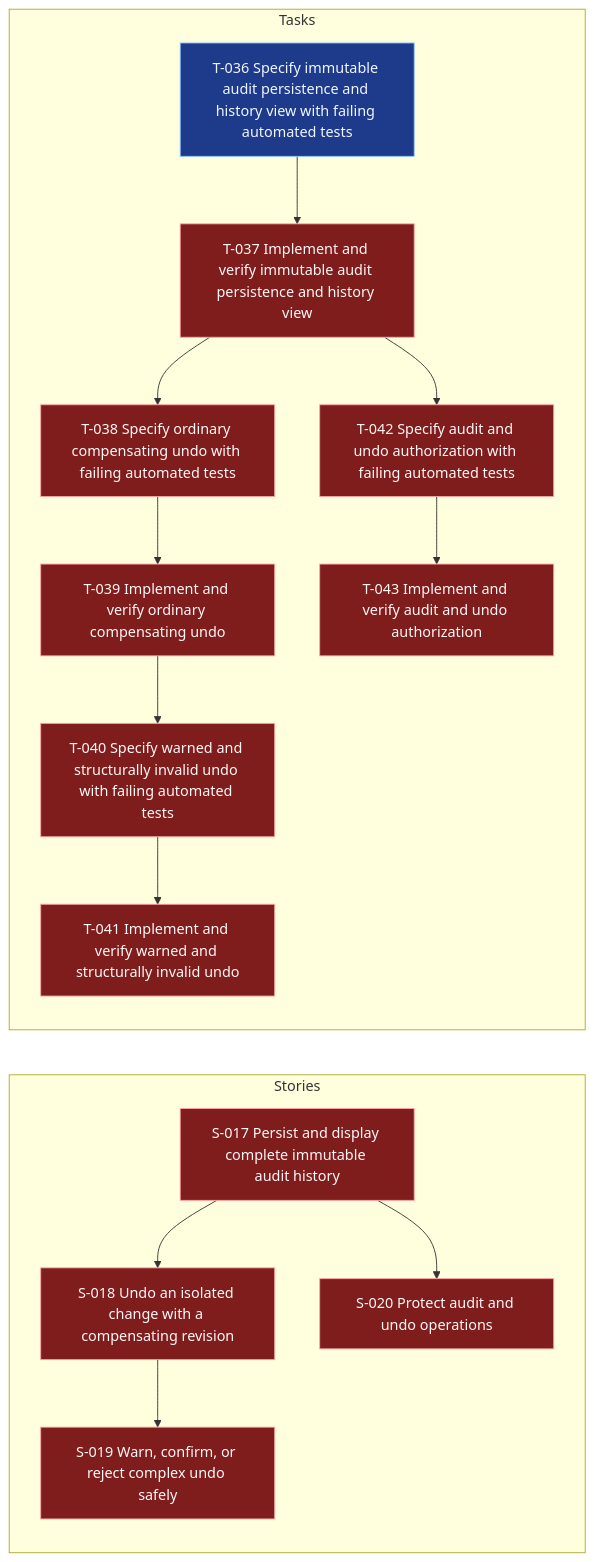
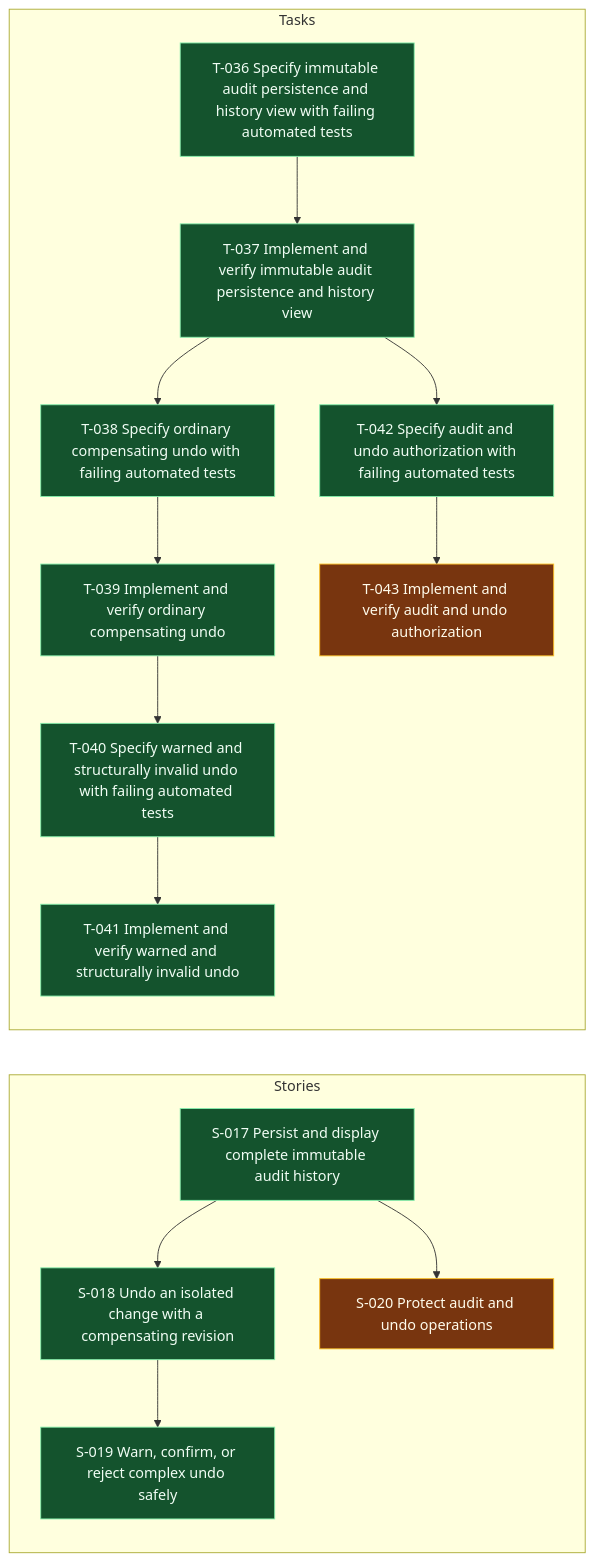
The diagram in .worktracker/graphs/E-006.mmd (andybalham/invite-agent), drawn with Mermaid before and after one commit. The commit also changed 31 other files, not shown here.

First line of the commit message:
Add audit history and undo functionality tests

```diff
--- a/.worktracker/graphs/E-006.mmd
+++ b/.worktracker/graphs/E-006.mmd
@@ -1,44 +1,44 @@
 graph LR
   classDef done fill:#14532d,stroke:#86efac,color:#f0fdf4;
   classDef blocked fill:#7f1d1d,stroke:#fca5a5,color:#fff7f7;
   classDef inprogress fill:#78350f,stroke:#fbbf24,color:#fffbeb;
   classDef todo fill:#1e3a8a,stroke:#93c5fd,color:#eff6ff;
   classDef empty fill:#374151,stroke:#d1d5db,color:#f9fafb,stroke-dasharray: 3 3;
   subgraph Stories
-    S017["S-017 Persist and display complete immutable audit history"]:::blocked
-    S018["S-018 Undo an isolated change with a compensating revision"]:::blocked
-    S019["S-019 Warn, confirm, or reject complex undo safely"]:::blocked
-    S020["S-020 Protect audit and undo operations"]:::blocked
+    S017["S-017 Persist and display complete immutable audit history"]:::done
+    S018["S-018 Undo an isolated change with a compensating revision"]:::done
+    S019["S-019 Warn, confirm, or reject complex undo safely"]:::done
+    S020["S-020 Protect audit and undo operations"]:::inprogress
     S017 --> S018
     S017 --> S020
     S018 --> S019
   end
   subgraph Tasks
-    T036["T-036 Specify immutable audit persistence and history view with failing automated tests"]:::todo
-    T037["T-037 Implement and verify immutable audit persistence and history view"]:::blocked
-    T038["T-038 Specify ordinary compensating undo with failing automated tests"]:::blocked
-    T039["T-039 Implement and verify ordinary compensating undo"]:::blocked
-    T040["T-040 Specify warned and structurally invalid undo with failing automated tests"]:::blocked
-    T041["T-041 Implement and verify warned and structurally invalid undo"]:::blocked
-    T042["T-042 Specify audit and undo authorization with failing automated tests"]:::blocked
-    T043["T-043 Implement and verify audit and undo authorization"]:::blocked
+    T036["T-036 Specify immutable audit persistence and history view with failing automated tests"]:::done
+    T037["T-037 Implement and verify immutable audit persistence and history view"]:::done
+    T038["T-038 Specify ordinary compensating undo with failing automated tests"]:::done
+    T039["T-039 Implement and verify ordinary compensating undo"]:::done
+    T040["T-040 Specify warned and structurally invalid undo with failing automated tests"]:::done
+    T041["T-041 Implement and verify warned and structurally invalid undo"]:::done
+    T042["T-042 Specify audit and undo authorization with failing automated tests"]:::done
+    T043["T-043 Implement and verify audit and undo authorization"]:::inprogress
     T036 --> T037
     T037 --> T038
     T037 --> T042
     T038 --> T039
     T039 --> T040
     T040 --> T041
     T042 --> T043
   end
   click S017 "../entities/S-017-persist-and-display-complete-immutable-audit-history.md"
   click S018 "../entities/S-018-undo-an-isolated-change-with-a-compensating-revision.md"
   click S019 "../entities/S-019-warn-confirm-or-reject-complex-undo-safely.md"
   click S020 "../entities/S-020-protect-audit-and-undo-operations.md"
   click T036 "../entities/T-036-specify-immutable-audit-persistence-and-history-view-with-failing-automated-tests.md"
   click T037 "../entities/T-037-implement-and-verify-immutable-audit-persistence-and-history-view.md"
   click T038 "../entities/T-038-specify-ordinary-compensating-undo-with-failing-automated-tests.md"
   click T039 "../entities/T-039-implement-and-verify-ordinary-compensating-undo.md"
   click T040 "../entities/T-040-specify-warned-and-structurally-invalid-undo-with-failing-automated-tests.md"
   click T041 "../entities/T-041-implement-and-verify-warned-and-structurally-invalid-undo.md"
   click T042 "../entities/T-042-specify-audit-and-undo-authorization-with-failing-automated-tests.md"
   click T043 "../entities/T-043-implement-and-verify-audit-and-undo-authorization.md"
```
